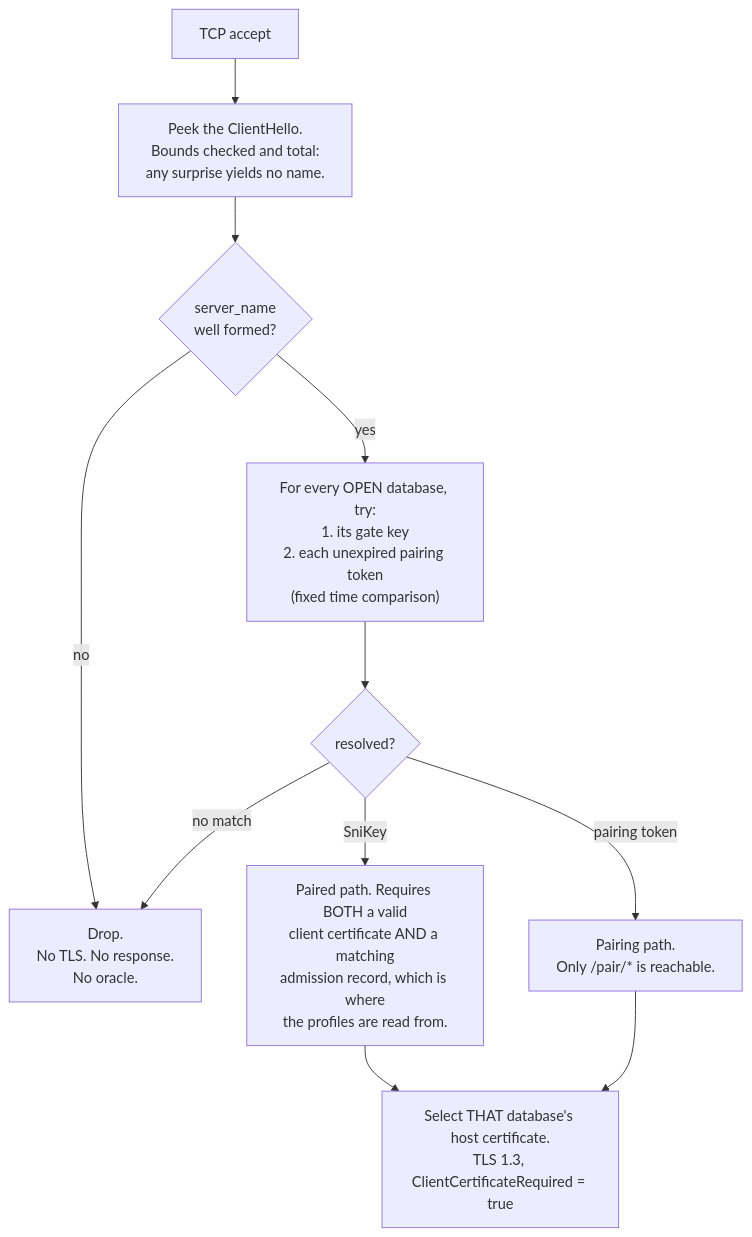
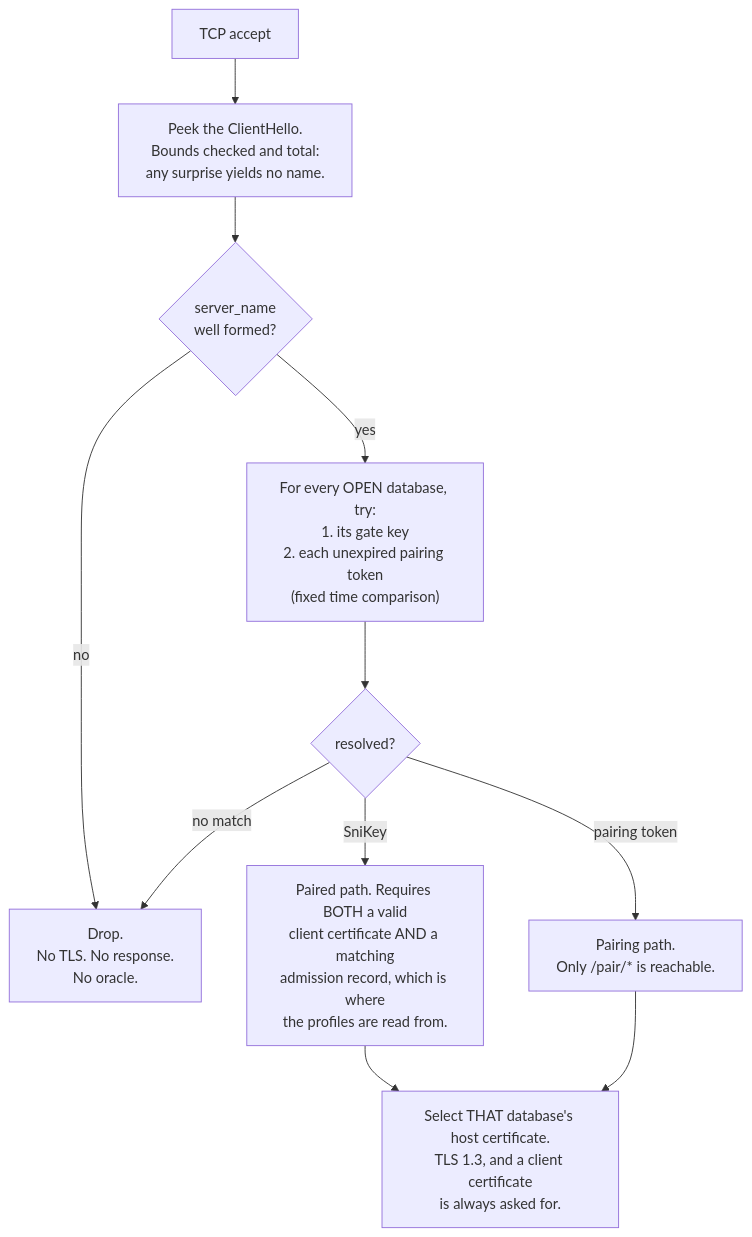
Before and after one commit to mfrnd/KeePassGate: the first of 5 diagrams in PAIRING.md, drawn with Mermaid. The commit also changed other lines of this file and 6 other files, not shown here.

````diff
--- a/PAIRING.md
+++ b/PAIRING.md
@@ -34,13 +34,13 @@
 ```mermaid
 flowchart TD
     A["TCP accept"] --> B["Peek the ClientHello.<br/>Bounds checked and total:<br/>any surprise yields no name."]
     B --> C{"server_name<br/>well formed?"}
     C -- no --> X["Drop.<br/>No TLS. No response.<br/>No oracle."]
     C -- yes --> D["For every OPEN database, try:<br/>1. its gate key<br/>2. each unexpired pairing token<br/>(fixed time comparison)"]
     D --> E{"resolved?"}
     E -- "no match" --> X
     E -- "SniKey" --> F["Paired path. Requires BOTH a valid<br/>client certificate AND a matching<br/>admission record, which is where<br/>the profiles are read from."]
     E -- "pairing token" --> G["Pairing path.<br/>Only /pair/* is reachable."]
-    F --> H["Select THAT database's host certificate.<br/>TLS 1.3, ClientCertificateRequired = true"]
+    F --> H["Select THAT database's host certificate.<br/>TLS 1.3, and a client certificate<br/>is always asked for."]
     G --> H
 ```
````
